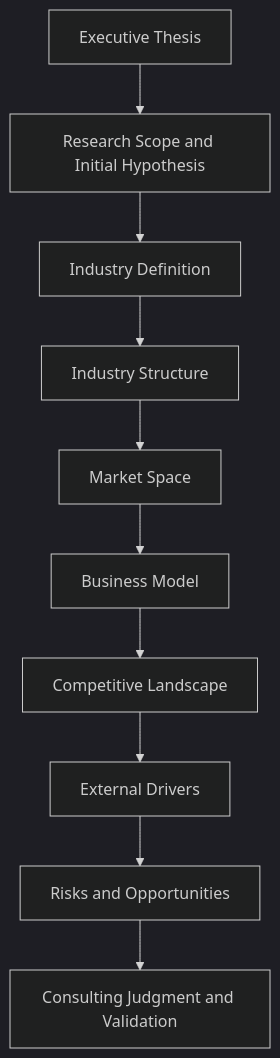
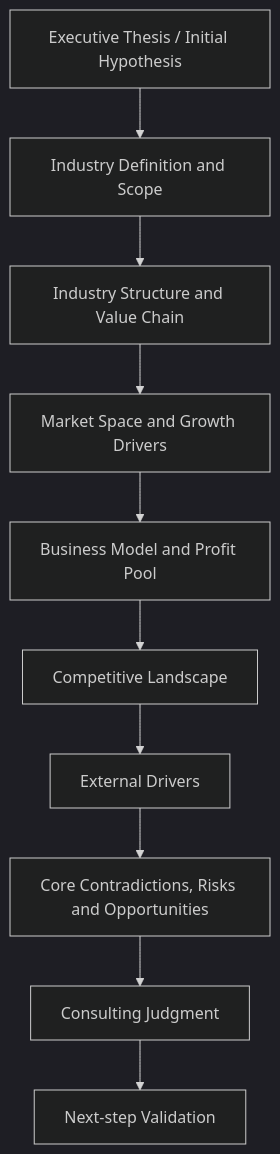
One commit to 111syq/7 changed the first of 2 diagrams in quick-industry-research/report-template.md. Above: the diagram before and after it, drawn with Mermaid (dark theme). The commit also changed other lines of this file and 4 other files, not shown here.

````diff
--- a/quick-industry-research/report-template.md
+++ b/quick-industry-research/report-template.md
@@ -7,12 +7,12 @@
 ```mermaid
 flowchart TD
-  A["Executive Thesis"] --> B["Research Scope and Initial Hypothesis"]
-  B --> C["Industry Definition"]
-  C --> D["Industry Structure"]
-  D --> E["Market Space"]
-  E --> F["Business Model"]
-  F --> G["Competitive Landscape"]
-  G --> H["External Drivers"]
-  H --> I["Risks and Opportunities"]
-  I --> J["Consulting Judgment and Validation"]
+  A["Executive Thesis / Initial Hypothesis"] --> B["Industry Definition and Scope"]
+  B --> C["Industry Structure and Value Chain"]
+  C --> D["Market Space and Growth Drivers"]
+  D --> E["Business Model and Profit Pool"]
+  E --> F["Competitive Landscape"]
+  F --> G["External Drivers"]
+  G --> H["Core Contradictions, Risks and Opportunities"]
+  H --> I["Consulting Judgment"]
+  I --> J["Next-step Validation"]
 ```
````
